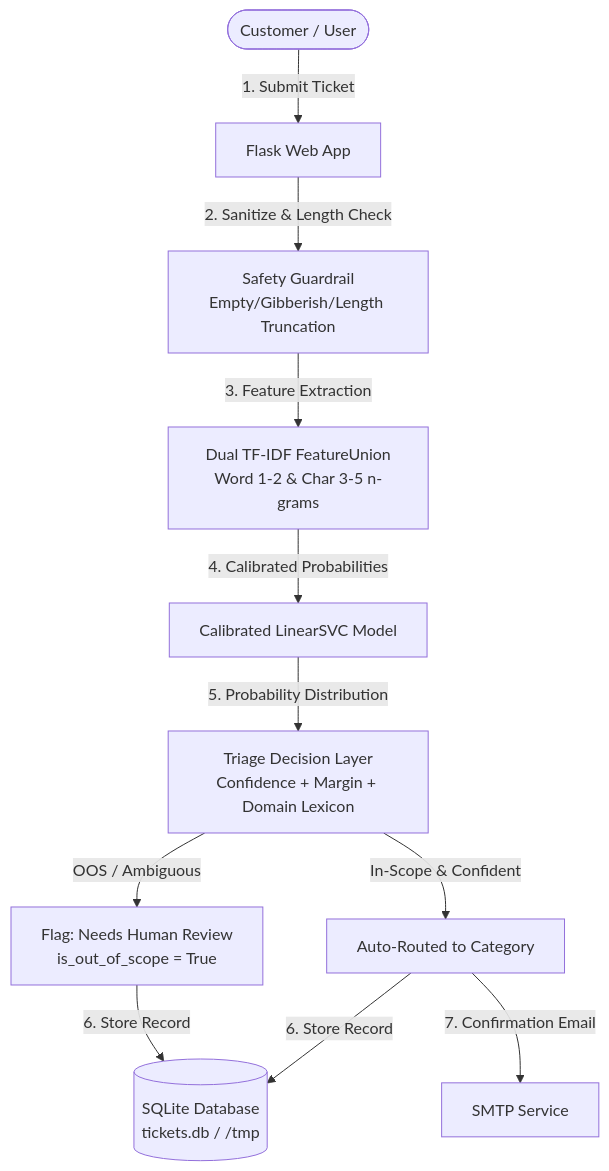
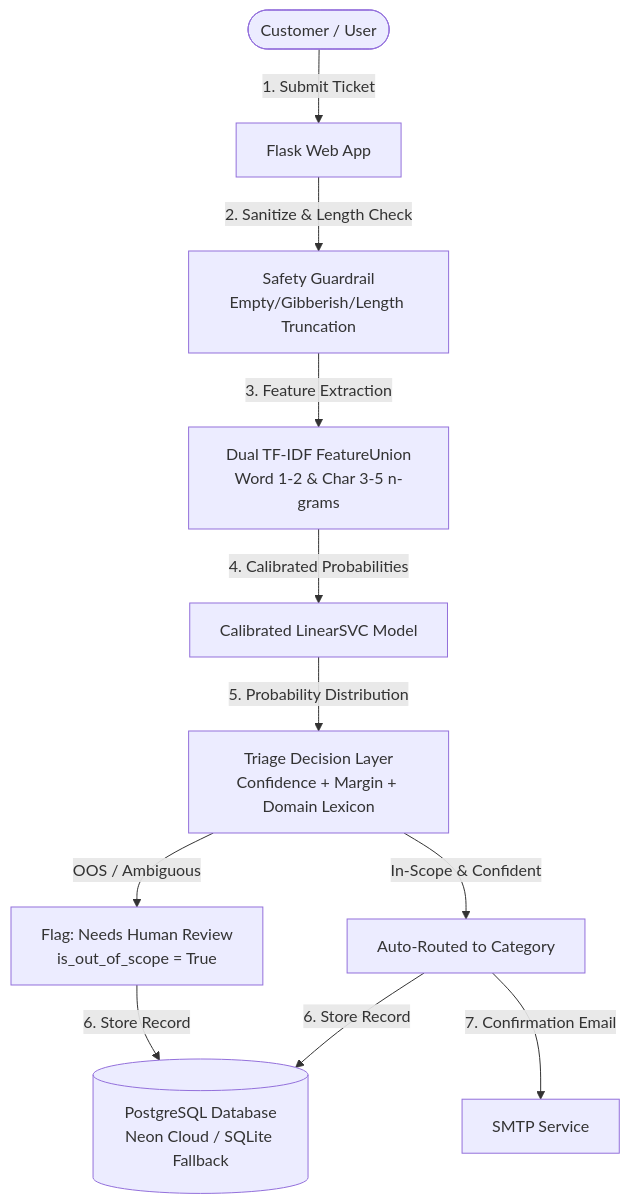
One commit to irfan-shekh/ai_ticket changed the diagram in README.md. Above: the diagram before and after it, drawn with Mermaid. The commit also changed other lines of this file and 3 other files, not shown here.

Commit message:
Add Neon PostgreSQL support with automatic SQLite fallback and lastrowid emulation

````diff
--- a/README.md
+++ b/README.md
@@ -53,12 +53,12 @@
 ```mermaid
 graph TD
     User([Customer / User]) -->|1. Submit Ticket| WebUI[Flask Web App]
     WebUI -->|2. Sanitize & Length Check| Safety[Safety Guardrail<br/>Empty/Gibberish/Length Truncation]
     Safety -->|3. Feature Extraction| Union[Dual TF-IDF FeatureUnion<br/>Word 1-2 & Char 3-5 n-grams]
     Union -->|4. Calibrated Probabilities| SVC[Calibrated LinearSVC Model]
     SVC -->|5. Probability Distribution| Triage[Triage Decision Layer<br/>Confidence + Margin + Domain Lexicon]
     Triage -->|OOS / Ambiguous| HumanReview[Flag: Needs Human Review<br/>is_out_of_scope = True]
     Triage -->|In-Scope & Confident| AutoRoute[Auto-Routed to Category]
-    AutoRoute & HumanReview -->|6. Store Record| DB[(SQLite Database<br/>tickets.db / /tmp)]
+    AutoRoute & HumanReview -->|6. Store Record| DB[(PostgreSQL Database<br/>Neon Cloud / SQLite Fallback)]
     AutoRoute -->|7. Confirmation Email| SMTP[SMTP Service]
 ```
````
